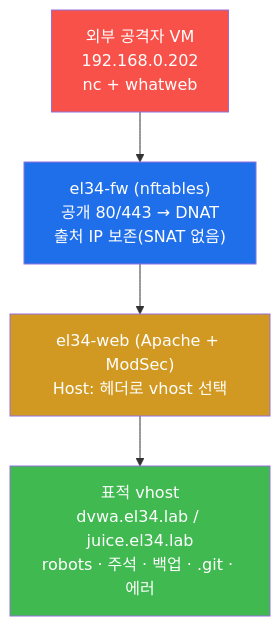
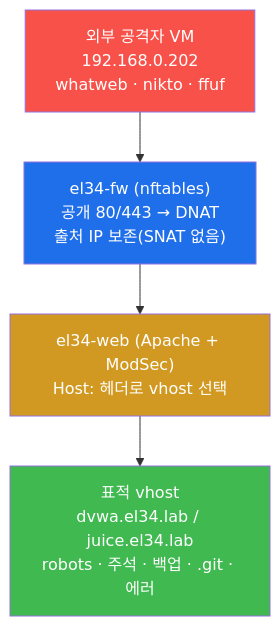
The fourth of 7 diagrams in contents/training/web-vuln/lecture_week03.md (mrgrit/tw2), drawn with Mermaid before and after one commit. The commit also changed other lines of this file and 25 other files, not shown here.

First line of the commit message:
fix(web-vuln): nc(raw HTTP) → 진짜 공격도구 (sqlmap/dalfox/ffuf/nikto/nuclei/hydra/whatweb)

````diff
--- a/contents/training/web-vuln/lecture_week03.md
+++ b/contents/training/web-vuln/lecture_week03.md
@@ -198,12 +198,12 @@
 ```mermaid
 graph TD
-    ATK["외부 공격자 VM<br/>192.168.0.202<br/>nc + whatweb"]
+    ATK["외부 공격자 VM<br/>192.168.0.202<br/>whatweb · nikto · ffuf"]
     FW["el34-fw (nftables)<br/>공개 80/443 → DNAT<br/>출처 IP 보존(SNAT 없음)"]
     WEB["el34-web (Apache + ModSec)<br/>Host: 헤더로 vhost 선택"]
     TARGET["표적 vhost<br/>dvwa.el34.lab / juice.el34.lab<br/>robots · 주석 · 백업 · .git · 에러"]
     ATK --> FW --> WEB --> TARGET
     style ATK fill:#f85149,color:#fff
     style FW fill:#1f6feb,color:#fff
     style WEB fill:#d29922,color:#fff
     style TARGET fill:#3fb950,color:#fff
 ```
````
